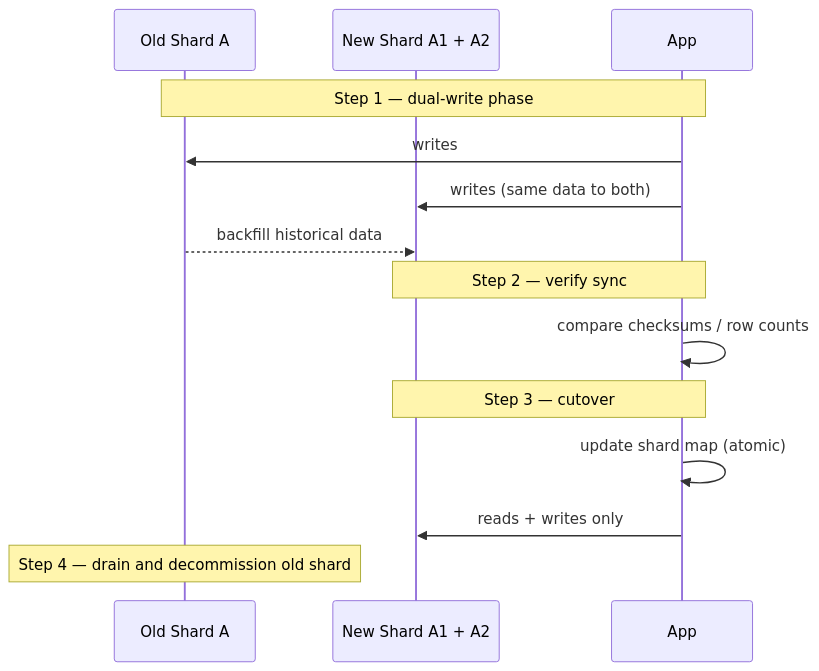
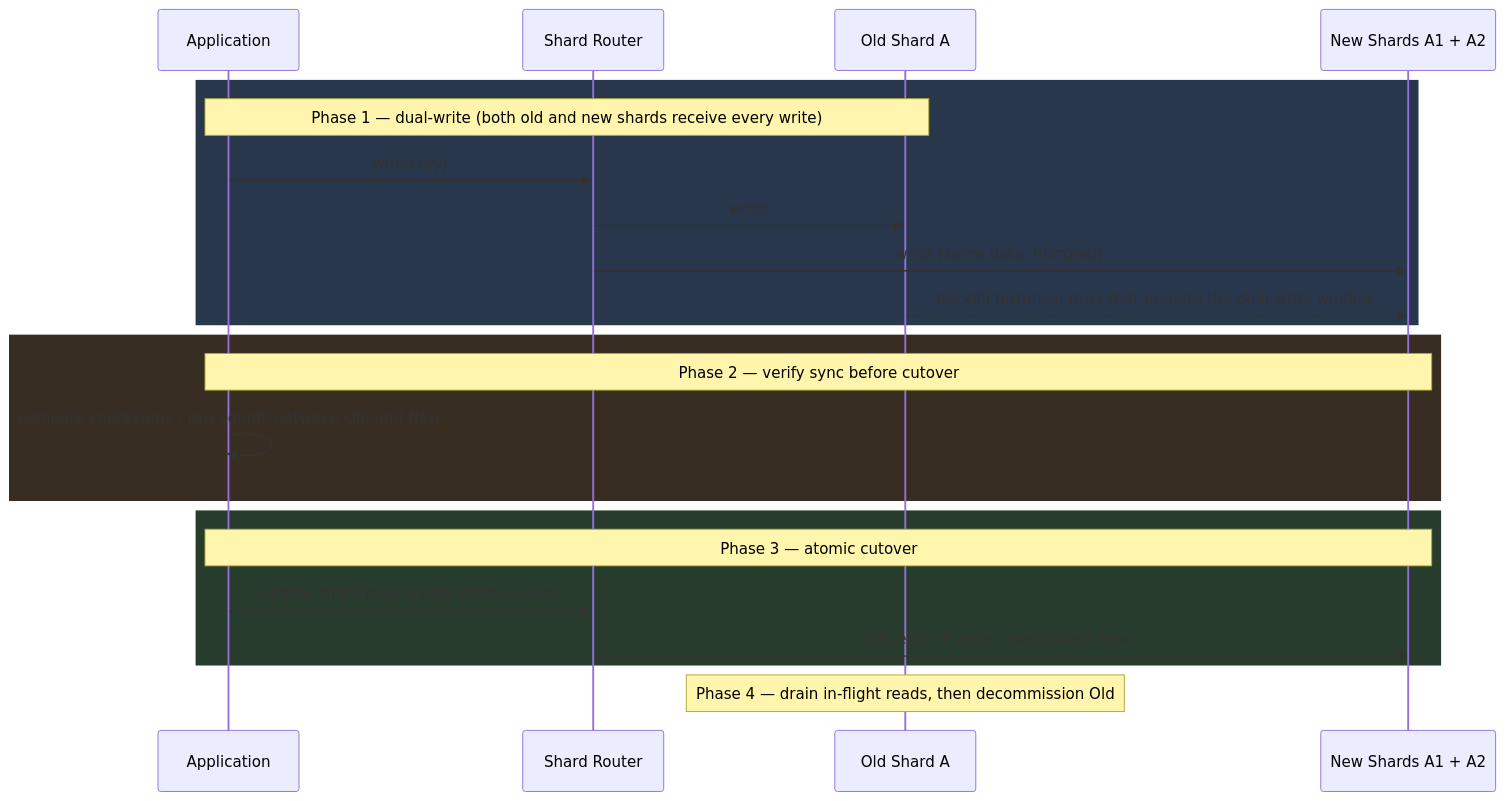
The sixth of 11 diagrams in system-design/scaling.md (deepanshu-rawat6/DevOpsIndex), drawn with Mermaid before and after one commit. The commit also changed other lines of this file and 8 other files, not shown here.

````diff
--- a/system-design/scaling.md
+++ b/system-design/scaling.md
@@ -238,19 +354,28 @@
 ```mermaid
 sequenceDiagram
+    participant App as Application
+    participant Router as Shard Router
     participant Old as Old Shard A
-    participant New as New Shard A1 + A2
-    participant App
+    participant New as New Shards A1 + A2
 
-    Note over App,Old: Step 1 — dual-write phase
-    App->>Old: writes
-    App->>New: writes (same data to both)
-    Old-->>New: backfill historical data
+    rect rgb(40, 55, 75)
+    Note over App,Old: Phase 1 — dual-write (both old and new shards receive every write)
+    App->>Router: write(key)
+    Router->>Old: write
+    Router->>New: write (same data, mirrored)
+    Old-->>New: backfill historical rows that predate the dual-write window
+    end
 
-    Note over App,New: Step 2 — verify sync
-    App->>App: compare checksums / row counts
+    rect rgb(55, 45, 35)
+    Note over App,New: Phase 2 — verify sync before cutover
+    App->>App: compare checksums / row counts between Old and New
+    end
 
-    Note over App,New: Step 3 — cutover
-    App->>App: update shard map (atomic)
-    App->>New: reads + writes only
-    Note over Old: Step 4 — drain and decommission old shard
+    rect rgb(40, 60, 45)
+    Note over App,New: Phase 3 — atomic cutover
+    App->>Router: update shard map (single atomic swap)
+    Router->>New: all reads + writes now routed here
+    end
+
+    Note over Old: Phase 4 — drain in-flight reads, then decommission Old
 ```
````
